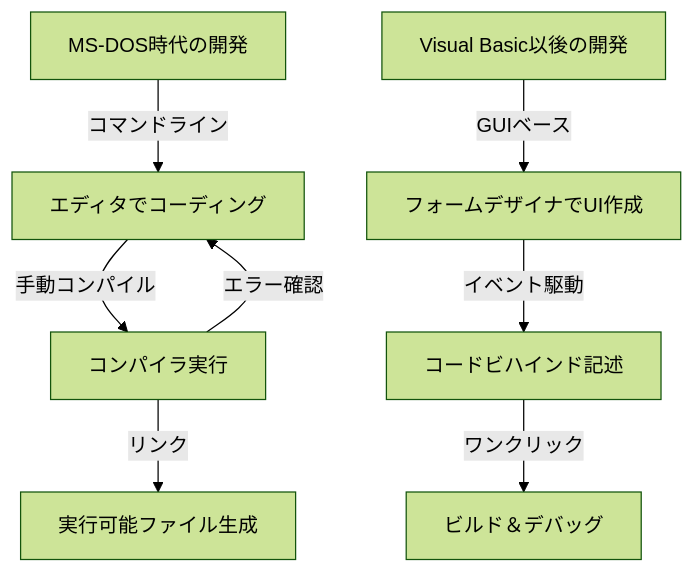
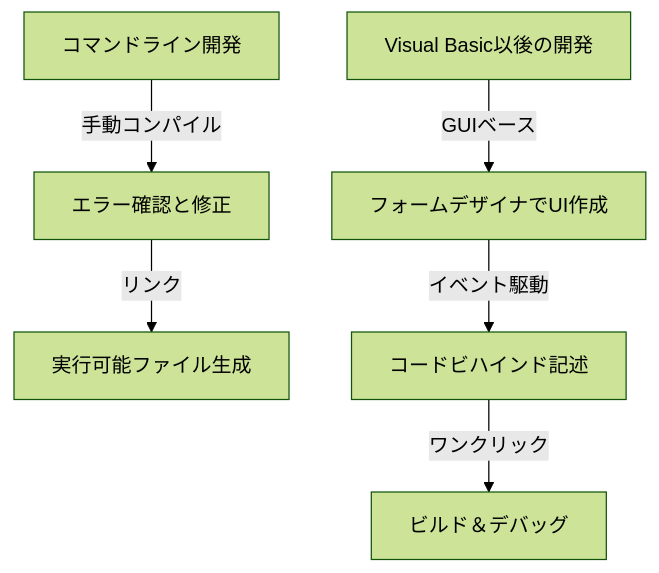
One commit to kenjinote/blog changed the first of 2 diagrams in content/post/history-of-visual-studio/index.md. Above: the diagram before and after it, drawn with Mermaid (forest theme). The commit also changed other lines of this file and 129 other files, not shown here.

````diff
--- a/content/post/history-of-visual-studio/index.md
+++ b/content/post/history-of-visual-studio/index.md
@@ -32,11 +29,9 @@
 ```mermaid
 graph TD
-    A["MS-DOS時代の開発"] -- "コマンドライン" --> B["エディタでコーディング"]
-    B -- "手動コンパイル" --> C["コンパイラ実行"]
-    C -- "エラー確認" --> B
-    C -- "リンク" --> D["実行可能ファイル生成"]
+    A["コマンドライン開発"] -- "手動コンパイル" --> B["エラー確認と修正"]
+    B -- "リンク" --> C["実行可能ファイル生成"]
     
-    E["Visual Basic以後の開発"] -- "GUIベース" --> F["フォームデザイナでUI作成"]
-    F -- "イベント駆動" --> G["コードビハインド記述"]
-    G -- "ワンクリック" --> H["ビルド＆デバッグ"]
+    D["Visual Basic以後の開発"] -- "GUIベース" --> E["フォームデザイナでUI作成"]
+    E -- "イベント駆動" --> F["コードビハインド記述"]
+    F -- "ワンクリック" --> G["ビルド＆デバッグ"]
 ```
````
